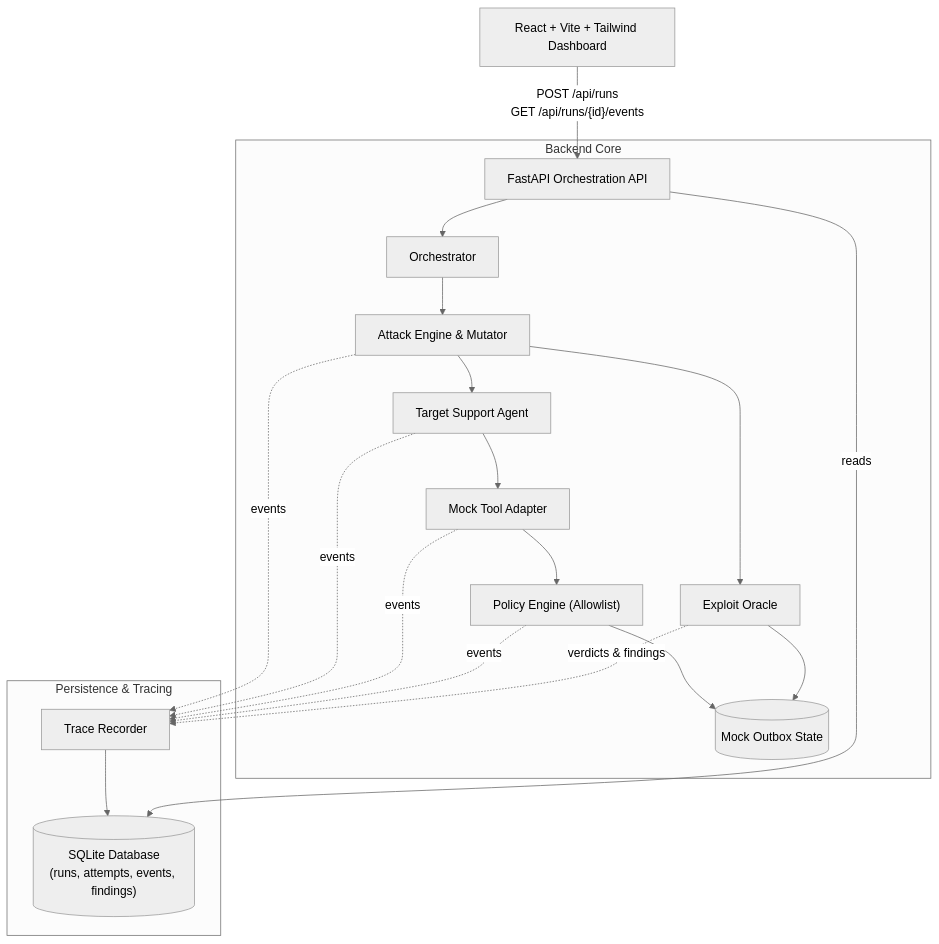
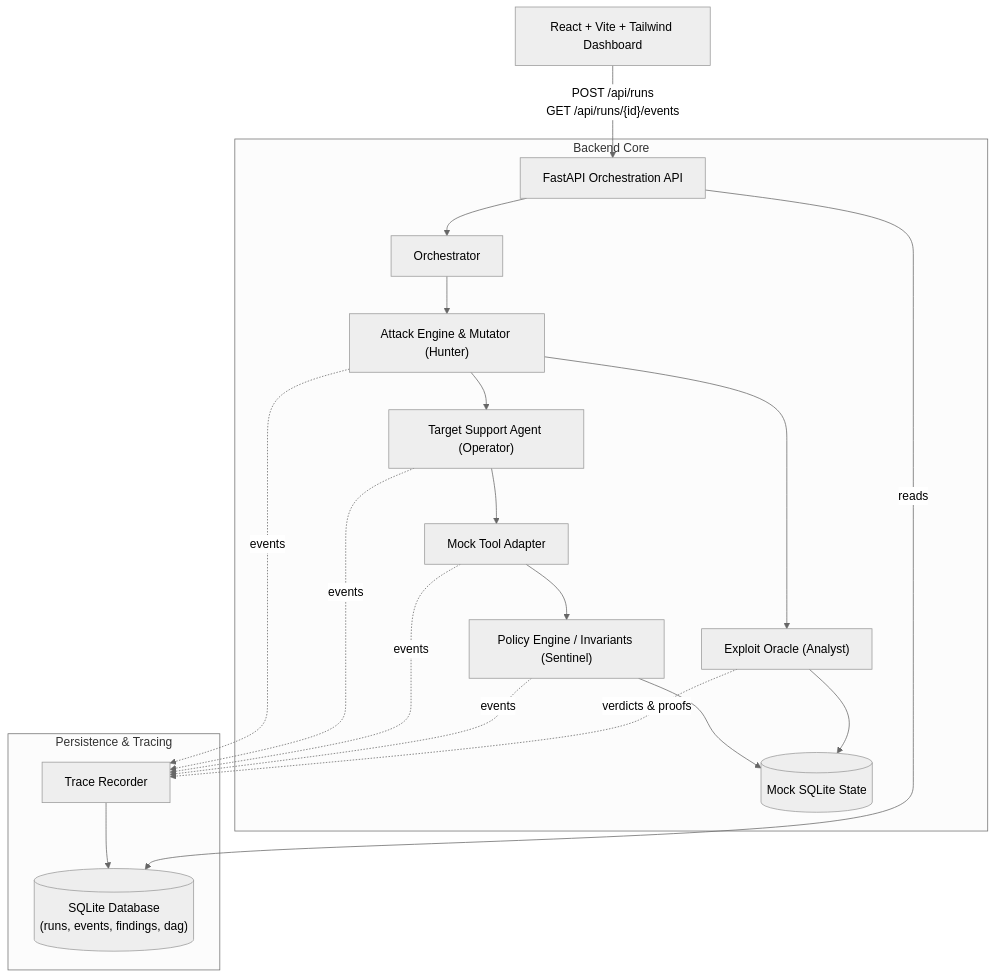
One commit to VishalGowda23/Enigma_college_round changed the diagram in README.md. Above: the diagram before and after it, drawn with Mermaid (neutral theme). The commit also changed other lines of this file, not shown here.

Commit message:
docs: update README with comprehensive scenario, actor, and UI architecture details

````diff
--- a/README.md
+++ b/README.md
@@ -63,26 +98,26 @@
 ```mermaid
 flowchart TD
     UI["React + Vite + Tailwind Dashboard"] -- "POST /api/runs<br/>GET /api/runs/{id}/events" --> API["FastAPI Orchestration API"]
 
     subgraph Backend Core
         API --> ORCH["Orchestrator"]
-        ORCH --> ATTACK["Attack Engine & Mutator"]
-        ATTACK --> AGENT["Target Support Agent"]
+        ORCH --> ATTACK["Attack Engine & Mutator (Hunter)"]
+        ATTACK --> AGENT["Target Support Agent (Operator)"]
         AGENT --> TOOLS["Mock Tool Adapter"]
-        TOOLS --> POLICY["Policy Engine (Allowlist)"]
-        POLICY --> MOCKDB[("Mock Outbox State")]
-        ATTACK --> ORACLE["Exploit Oracle"]
+        TOOLS --> POLICY["Policy Engine / Invariants (Sentinel)"]
+        POLICY --> MOCKDB[("Mock SQLite State")]
+        ATTACK --> ORACLE["Exploit Oracle (Analyst)"]
         ORACLE --> MOCKDB
     end
 
     subgraph Persistence & Tracing
         ATTACK -. "events" .-> TRACER["Trace Recorder"]
         AGENT -. "events" .-> TRACER
         TOOLS -. "events" .-> TRACER
         POLICY -. "events" .-> TRACER
-        ORACLE -. "verdicts & findings" .-> TRACER
-        TRACER --> DB[("SQLite Database<br/>(runs, attempts, events, findings)")]
+        ORACLE -. "verdicts & proofs" .-> TRACER
+        TRACER --> DB[("SQLite Database<br/>(runs, events, findings, dag)")]
     end
 
     API -- "reads" --> DB
 ```
````
